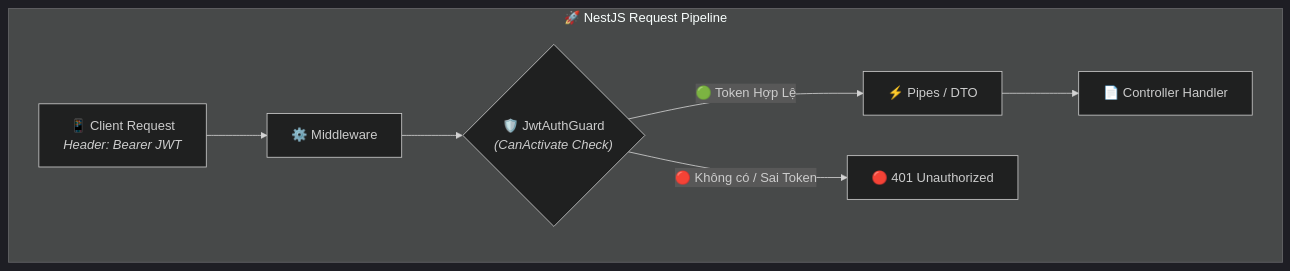
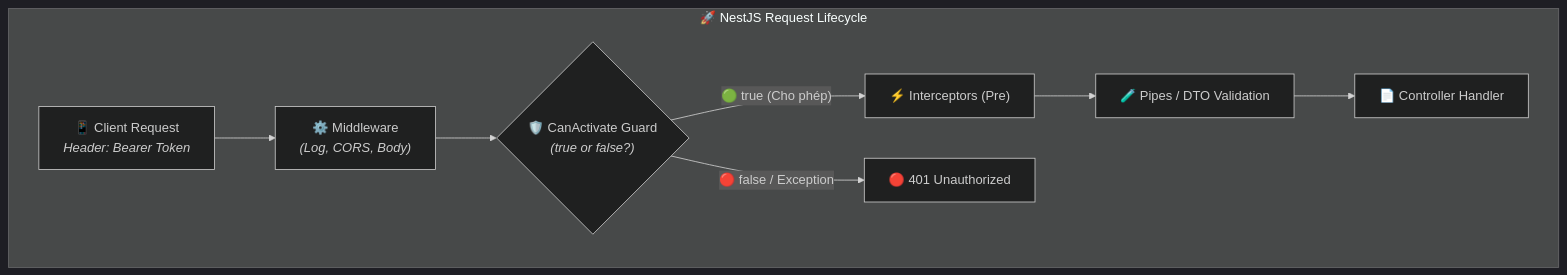
One commit to thanhmati/nestjs-basic-course changed the first of 3 diagrams in docs/modules/module-04/lesson-4.3/lesson-4.3.md. Above: the diagram before and after it, drawn with Mermaid (dark theme). The commit also changed other lines of this file and 10 other files, not shown here.

````diff
--- a/docs/modules/module-04/lesson-4.3/lesson-4.3.md
+++ b/docs/modules/module-04/lesson-4.3/lesson-4.3.md
@@ -35,11 +35,12 @@
 ```mermaid
 flowchart LR
-    subgraph Pipeline ["🚀 NestJS Request Pipeline"]
+    subgraph Pipeline ["🚀 NestJS Request Lifecycle"]
         direction LR
-        Client["📱 Client Request<br/><i>Header: Bearer JWT</i>"] --> Middleware["⚙️ Middleware"]
-        Middleware --> Guard{"🛡️ JwtAuthGuard<br/><i>(CanActivate Check)</i>"}
-        Guard -->|"🟢 Token Hợp Lệ"| Pipe["⚡ Pipes / DTO"]
-        Guard -->|"🔴 Không có / Sai Token"| Reject["🔴 401 Unauthorized"]
+        Client["📱 Client Request<br/><i>Header: Bearer Token</i>"] --> Middleware["⚙️ Middleware<br/><i>(Log, CORS, Body)</i>"]
+        Middleware --> Guard{"🛡️ CanActivate Guard<br/><i>(true or false?)</i>"}
+        Guard -->|"🟢 true (Cho phép)"| InterceptorPre["⚡ Interceptors (Pre)"]
+        InterceptorPre --> Pipe["🧪 Pipes / DTO Validation"]
         Pipe --> Controller["📄 Controller Handler"]
+        Guard -->|"🔴 false / Exception"| Reject["🔴 401 Unauthorized"]
     end
 ```
````
